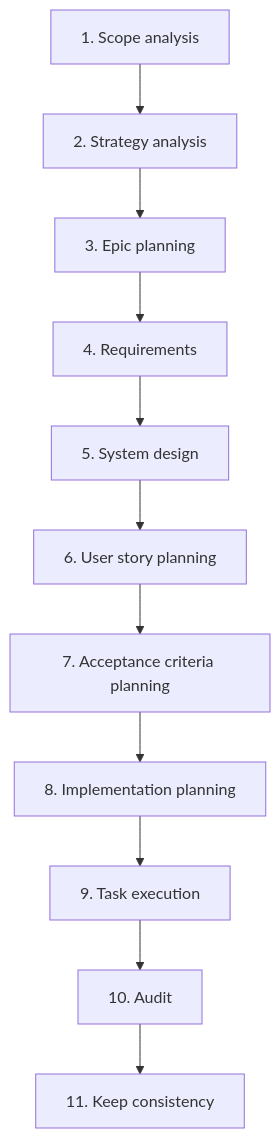
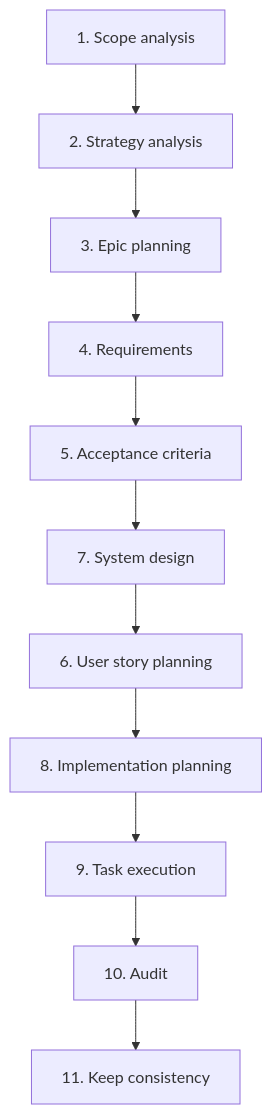
Before and after one commit to asubbot/personal-assistant: the first of 2 diagrams in ai-sdlc/specification/pipeline.spec.md, drawn with Mermaid. The commit also changed other lines of this file and 4 other files, not shown here.

First line of the commit message:
Pipeline: system design before user story planning (3→4→5→7→6→8); update skills 05/06/07

````diff
--- a/ai-sdlc/specification/pipeline.spec.md
+++ b/ai-sdlc/specification/pipeline.spec.md
@@ -19,15 +19,15 @@
 ```mermaid
 flowchart TB
   A[1. Scope analysis]
   B[2. Strategy analysis]
   C[3. Epic planning]
   D[4. Requirements]
-  E[5. System design]
+  E[5. Acceptance criteria]
   F[6. User story planning]
-  G[7. Acceptance criteria planning]
+  G[7. System design]
   H[8. Implementation planning]
   I[9. Task execution]
   J[10. Audit]
   K[11. Keep consistency]
-  A --> B --> C --> D --> E --> F --> G --> H --> I --> J --> K
+  A --> B --> C --> D --> E --> G --> F --> H --> I --> J --> K
 ```
````
